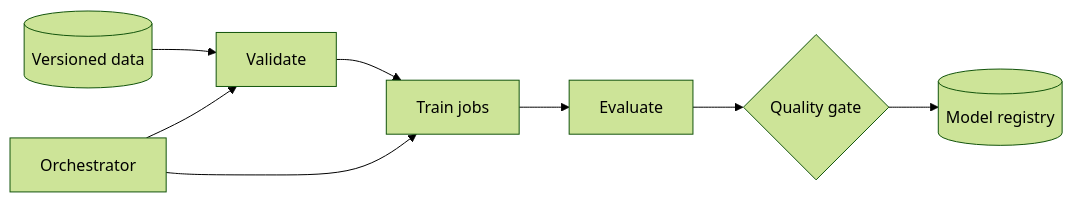
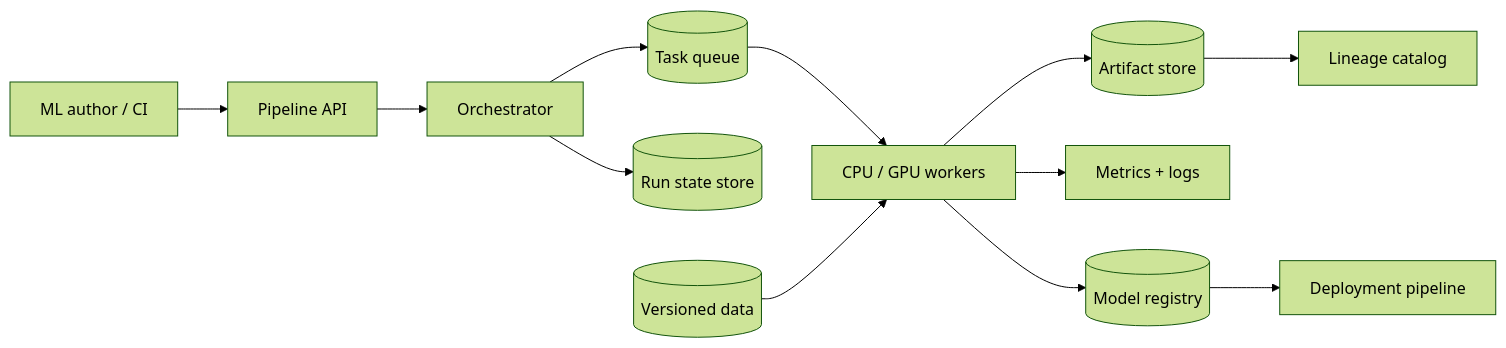
Before and after one commit to yangzichao/www: the diagram in src/content/blog/system-design/ml-training-pipeline.md, drawn with Mermaid (forest theme). The commit also changed other lines of this file and 18 other files, not shown here.

Commit message:
refactor: Revise URL Shortener design document to enhance clarity and detail on system evolution, API specifications, and architectural considerations

````diff
--- a/src/content/blog/system-design/ml-training-pipeline.md
+++ b/src/content/blog/system-design/ml-training-pipeline.md
@@ -82,10 +234,14 @@
 ```mermaid
 flowchart LR
-  D[(Versioned data)] --> V[Validate]
-  V --> T[Train jobs]
-  T --> E[Evaluate]
-  E --> G{Quality gate}
-  G --> R[(Model registry)]
-  O[Orchestrator] --> V
-  O --> T
+  U[ML author / CI] --> API[Pipeline API]
+  API --> O[Orchestrator]
+  O --> Q[(Task queue)]
+  Q --> W[CPU / GPU workers]
+  W --> A[(Artifact store)]
+  W --> M[Metrics + logs]
+  O --> S[(Run state store)]
+  A --> L[Lineage catalog]
+  W --> R[(Model registry)]
+  D[(Versioned data)] --> W
+  R --> CD[Deployment pipeline]
 ```
````
